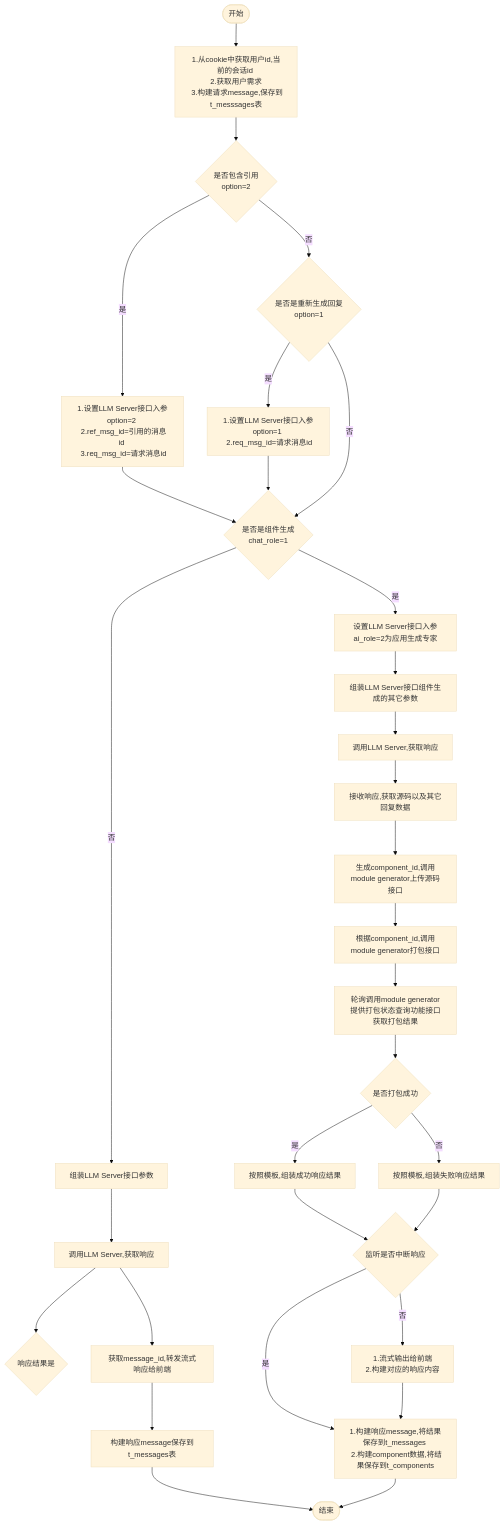
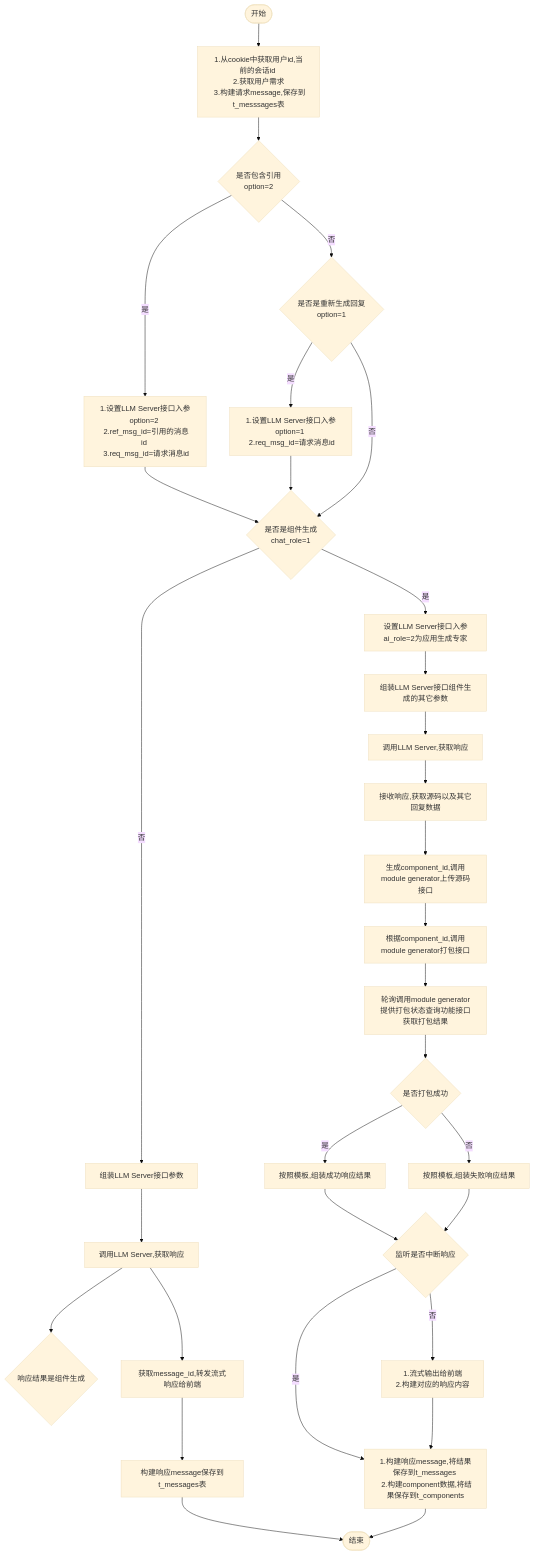
Before and after one commit to yingjianzh/iodraw-files: the diagram in all/未命名-8.md, drawn with Mermaid (base theme).

Commit message:
2024-10-16 09:18:31 update

````diff
--- a/all/未命名-8.md
+++ b/all/未命名-8.md
@@ -1,37 +1,38 @@
 ```mermaid
 flowchart TD
     A([开始]) --> B[1.从cookie中获取用户id,当前的会话id \n 2.获取用户需求 \n 3.构建请求message,保存到t_messsages表]
     B--> D{是否包含引用 \n option=2}
     D -- 是 --> E[1.设置LLM Server接口入参option=2 \n 2.ref_msg_id=引用的消息id \n 3.req_msg_id=请求消息id]
     D -- 否 --> F{是否是重新生成回复\n option=1}
     F -- 是 --> G[1.设置LLM Server接口入参option=1 \n 2.req_msg_id=请求消息id]
     F -- 否 --> I
      
     E & G --> I{是否是组件生成 \n chat_role=1}
     I -- 否 --> M[组装LLM Server接口参数] 
     I -- 是 --> J[设置LLM Server接口入参ai_role=2为应用生成专家]
     
 
     J --> L[组装LLM Server接口组件生成的其它参数]    
     M --> N[调用LLM Server,获取响应]
-    N --> H{响应结果是}    
+    N --> H{响应结果是组件生成}   
+     
     N --> O[获取message_id,转发流式响应给前端]
     O --> P[构建响应message保存到t_messages表]
     P --> R([结束])
 
 
     L --> S[调用LLM Server,获取响应]
     S --> T[接收响应,获取源码以及其它回复数据]
     T --> U[生成component_id,调用module generator上传源码接口]
     U --> V[根据component_id,调用module generator打包接口]
     V --> W[轮询调用module generator提供打包状态查询功能接口获取打包结果]
     W --> X{是否打包成功}
     X -- 是 --> Y[按照模板,组装成功响应结果]
     X -- 否 --> Z[按照模板,组装失败响应结果]
     Y & Z --> Done{监听是否中断响应}
     Done -- 是 --> Result
     Done -- 否 --> OutPut[1.流式输出给前端 \n 2.构建对应的响应内容]
 
     OutPut --> Result[1.构建响应message,将结果保存到t_messages \n 2.构建component数据,将结果保存到t_components]
     Result --> R
 ```
````
